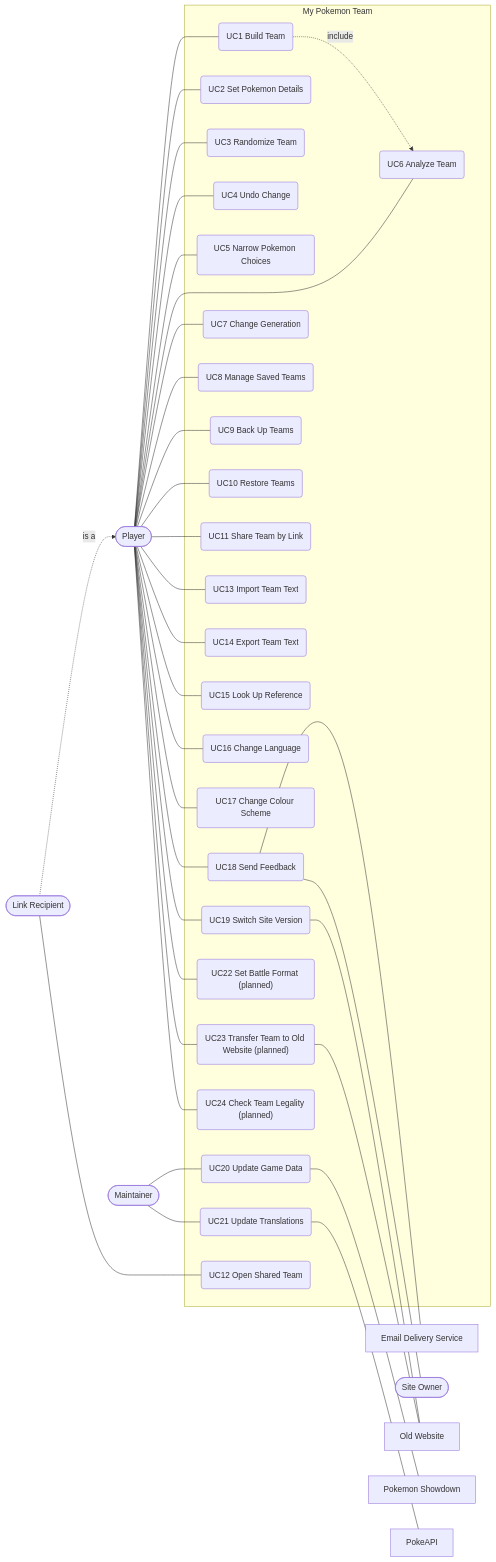
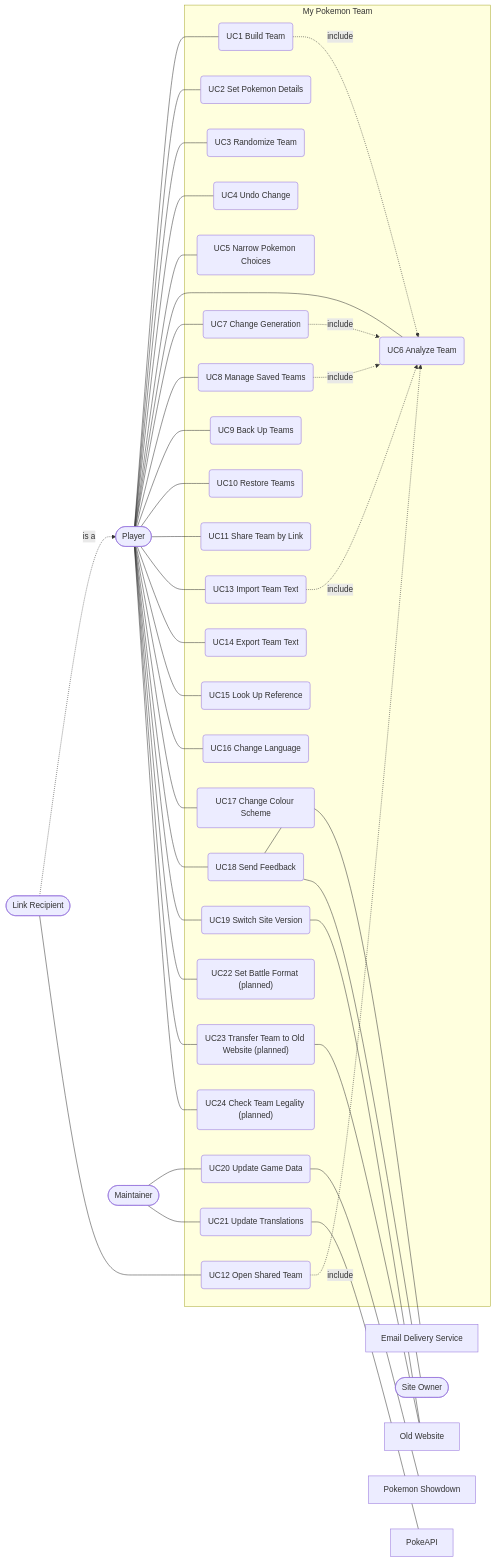
The first of 4 diagrams in docs/requirements/05-system-requirements-specification.md (projeffboy/my-pokemon-team), drawn with Mermaid before and after one commit. The commit also changed other lines of this file and 12 other files, not shown here.

````diff
--- a/docs/requirements/05-system-requirements-specification.md
+++ b/docs/requirements/05-system-requirements-specification.md
@@ -93,49 +94,53 @@
 ```mermaid
 flowchart LR
   Player(["Player"])
   Recipient(["Link Recipient"])
   Maintainer(["Maintainer"])
   Owner(["Site Owner"])
   Recipient -. "is a" .-> Player
   subgraph Site["My Pokemon Team"]
     UC1("UC1 Build Team")
     UC2("UC2 Set Pokemon Details")
     UC3("UC3 Randomize Team")
     UC4("UC4 Undo Change")
     UC5("UC5 Narrow Pokemon Choices")
     UC6("UC6 Analyze Team")
     UC7("UC7 Change Generation")
     UC8("UC8 Manage Saved Teams")
     UC9("UC9 Back Up Teams")
     UC10("UC10 Restore Teams")
     UC11("UC11 Share Team by Link")
     UC12("UC12 Open Shared Team")
     UC13("UC13 Import Team Text")
     UC14("UC14 Export Team Text")
     UC15("UC15 Look Up Reference")
     UC16("UC16 Change Language")
     UC17("UC17 Change Colour Scheme")
     UC18("UC18 Send Feedback")
     UC19("UC19 Switch Site Version")
     UC20("UC20 Update Game Data")
     UC21("UC21 Update Translations")
     UC22("UC22 Set Battle Format (planned)")
     UC23("UC23 Transfer Team to Old Website (planned)")
     UC24("UC24 Check Team Legality (planned)")
   end
   Showdown["Pokemon Showdown"]
   PokeAPI["PokeAPI"]
   Mail["Email Delivery Service"]
   OldSite["Old Website"]
   Player --- UC1 & UC2 & UC3 & UC4 & UC5 & UC6 & UC7 & UC8 & UC9 & UC10
   Player --- UC11 & UC13 & UC14 & UC15 & UC16 & UC17 & UC18 & UC19 & UC22 & UC23 & UC24
   Recipient --- UC12
   Maintainer --- UC20 & UC21
   UC1 -. "include" .-> UC6
+  UC7 -. "include" .-> UC6
+  UC8 -. "include" .-> UC6
+  UC12 -. "include" .-> UC6
+  UC13 -. "include" .-> UC6
   UC18 --- Mail
   UC18 --- Owner
   UC19 --- OldSite
   UC23 --- OldSite
   UC20 --- Showdown
   UC21 --- PokeAPI
 ```
````
